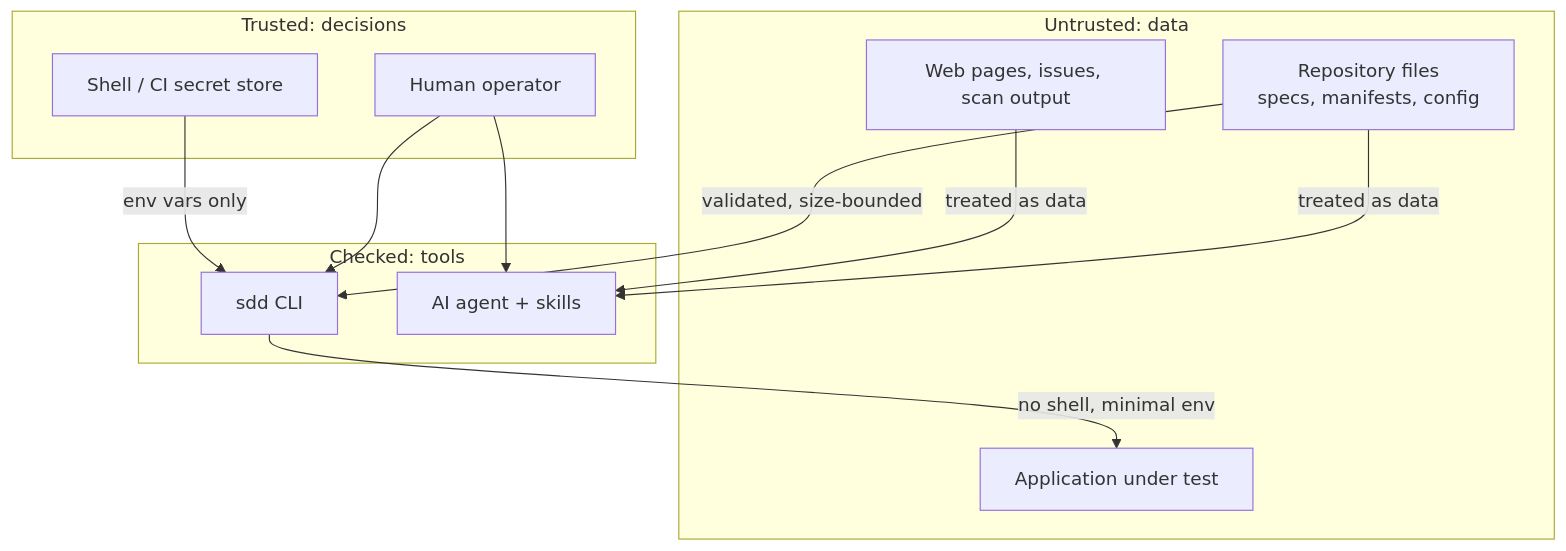
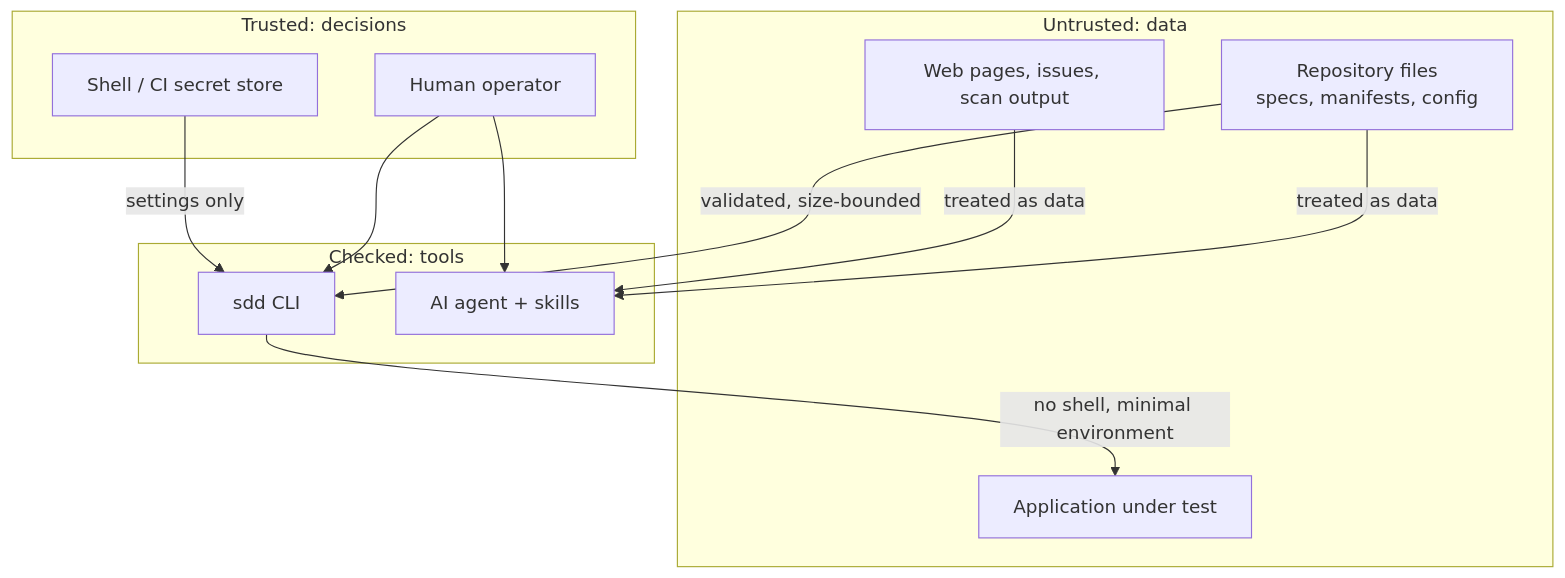
The diagram in plugin/skills/spec-driven-development-by-ashish-mohanty/references/Security-Model.md (ashishmohanty-99/spec-driven-development), drawn with Mermaid before and after one commit. The commit also changed other lines of this file and 5 other files, not shown here.

````diff
--- a/plugin/skills/spec-driven-development-by-ashish-mohanty/references/Security-Model.md
+++ b/plugin/skills/spec-driven-development-by-ashish-mohanty/references/Security-Model.md
@@ -7,23 +7,23 @@
 ```mermaid
 flowchart TB
     subgraph Trusted["Trusted: decisions"]
         H[Human operator]
         ENV[Shell / CI secret store]
     end
     subgraph Semi["Checked: tools"]
         CLI[sdd CLI]
         AG[AI agent + skills]
     end
     subgraph Untrusted["Untrusted: data"]
         REPO[Repository files<br/>specs, manifests, config]
         WEB[Web pages, issues, scan output]
         APP[Application under test]
     end
     H --> CLI
     H --> AG
-    ENV -->|env vars only| CLI
+    ENV -->|settings only| CLI
     REPO -->|validated, size-bounded| CLI
     REPO -->|treated as data| AG
     WEB -->|treated as data| AG
-    CLI -->|no shell, minimal env| APP
+    CLI -->|no shell, minimal environment| APP
 ```
````
